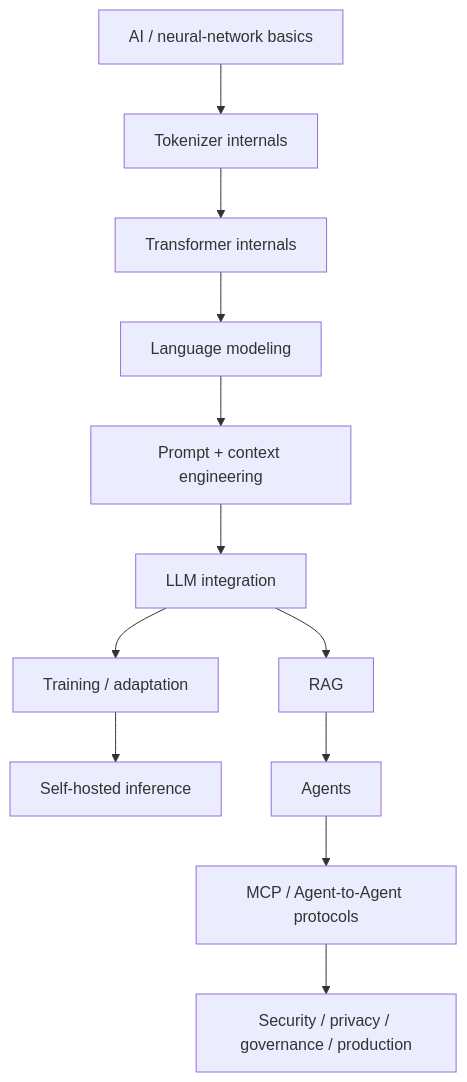
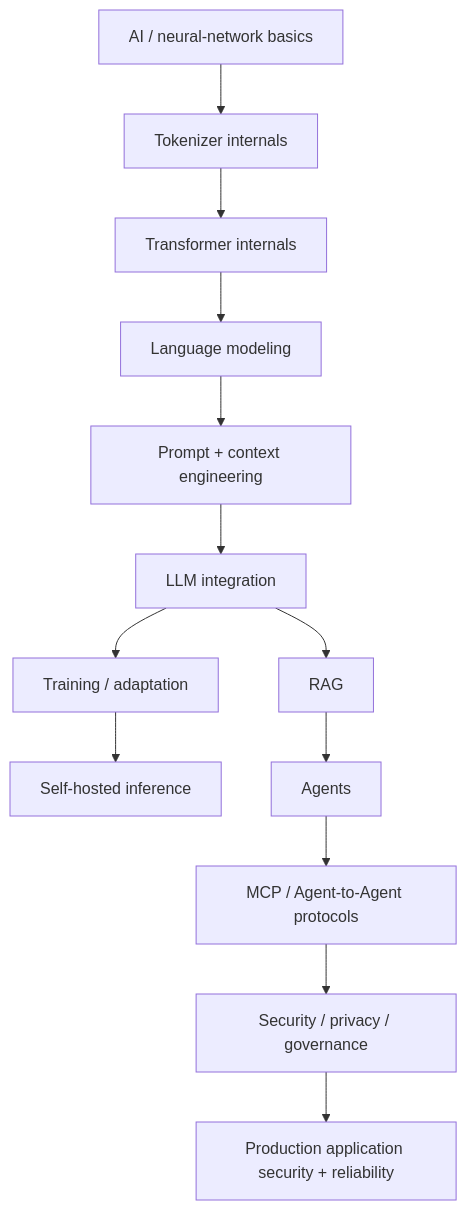
The diagram in docs/ai-engineering/reference/zero-to-hero-gap-closure.md (salman0butt/handbook), drawn with Mermaid before and after one commit. The commit also changed other lines of this file, not shown here.

Commit message:
docs(ai): update zero-to-hero count and production track

````diff
--- a/docs/ai-engineering/reference/zero-to-hero-gap-closure.md
+++ b/docs/ai-engineering/reference/zero-to-hero-gap-closure.md
@@ -33,14 +34,15 @@
 ```mermaid
 flowchart TD
   BASIC[AI / neural-network basics] --> TOK[Tokenizer internals]
   TOK --> TR[Transformer internals]
   TR --> LM[Language modeling]
   LM --> PROMPT[Prompt + context engineering]
   PROMPT --> API[LLM integration]
   API --> TRAIN[Training / adaptation]
   API --> RAG[RAG]
   TRAIN --> INF[Self-hosted inference]
   RAG --> AGENT[Agents]
   AGENT --> MCP[MCP / Agent-to-Agent protocols]
-  MCP --> GOV[Security / privacy / governance / production]
+  MCP --> GOV[Security / privacy / governance]
+  GOV --> PROD[Production application security + reliability]
 ```
````
